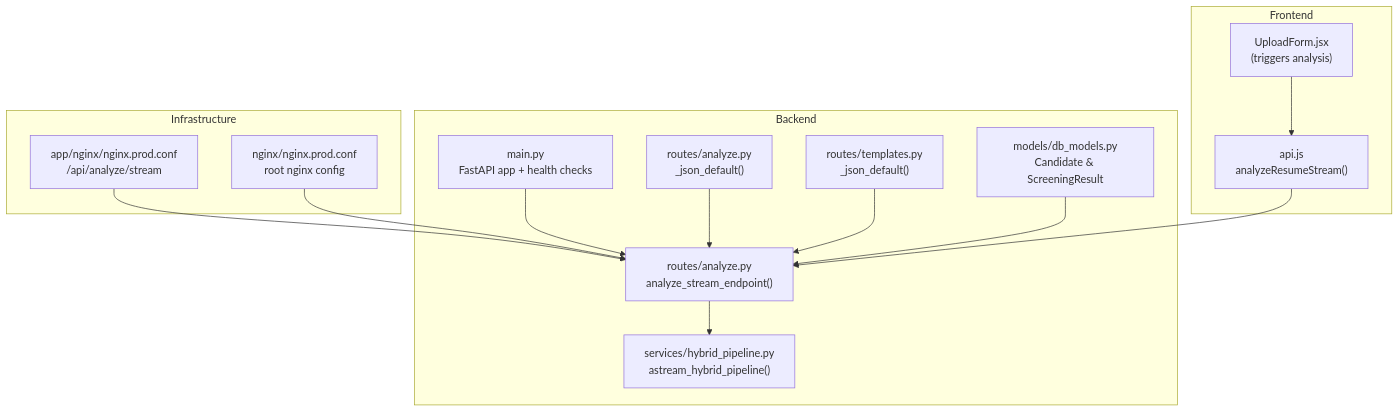
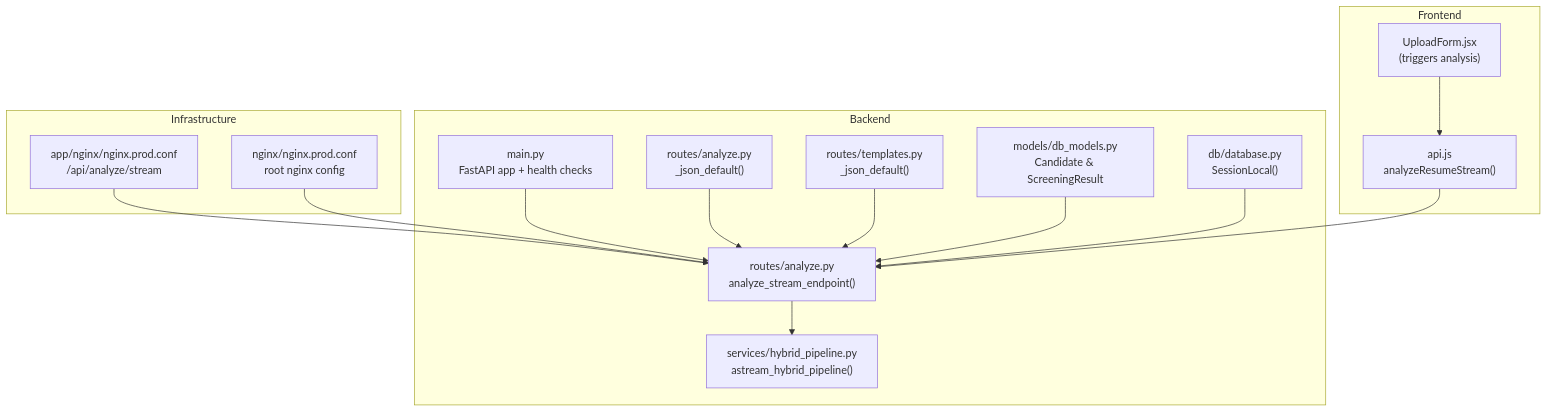
Before and after one commit to Revanththetalogics/aireume: the first of 3 diagrams in .qoder/repowiki/en/content/API Reference/Analysis Endpoints/Streaming Analysis.md, drawn with Mermaid. The commit also changed other lines of this file and 4 other files, not shown here.

````diff
--- a/.qoder/repowiki/en/content/API Reference/Analysis Endpoints/Streaming Analysis.md
+++ b/.qoder/repowiki/en/content/API Reference/Analysis Endpoints/Streaming Analysis.md
@@ -45,28 +46,30 @@
 ```mermaid
 graph TB
 subgraph "Frontend"
 FE_API["api.js<br/>analyzeResumeStream()"]
 FE_UI["UploadForm.jsx<br/>(triggers analysis)"]
 end
 subgraph "Backend"
 ROUTES["routes/analyze.py<br/>analyze_stream_endpoint()"]
 PIPELINE["services/hybrid_pipeline.py<br/>astream_hybrid_pipeline()"]
 MAIN["main.py<br/>FastAPI app + health checks"]
 ENDPOINT["routes/analyze.py<br/>_json_default()"]
 SERIALIZER["routes/templates.py<br/>_json_default()"]
 DB_MODELS["models/db_models.py<br/>Candidate & ScreeningResult"]
+DB_SESSION["db/database.py<br/>SessionLocal()"]
 end
 subgraph "Infrastructure"
 NGINX_APP["app/nginx/nginx.prod.conf<br/>/api/analyze/stream"]
 NGINX_ROOT["nginx/nginx.prod.conf<br/>root nginx config"]
 end
 FE_API --> ROUTES
 FE_UI --> FE_API
 ROUTES --> PIPELINE
 MAIN --> ROUTES
 NGINX_APP --> ROUTES
 NGINX_ROOT --> ROUTES
 ENDPOINT --> ROUTES
 SERIALIZER --> ROUTES
 DB_MODELS --> ROUTES
+DB_SESSION --> ROUTES
 ```
````
